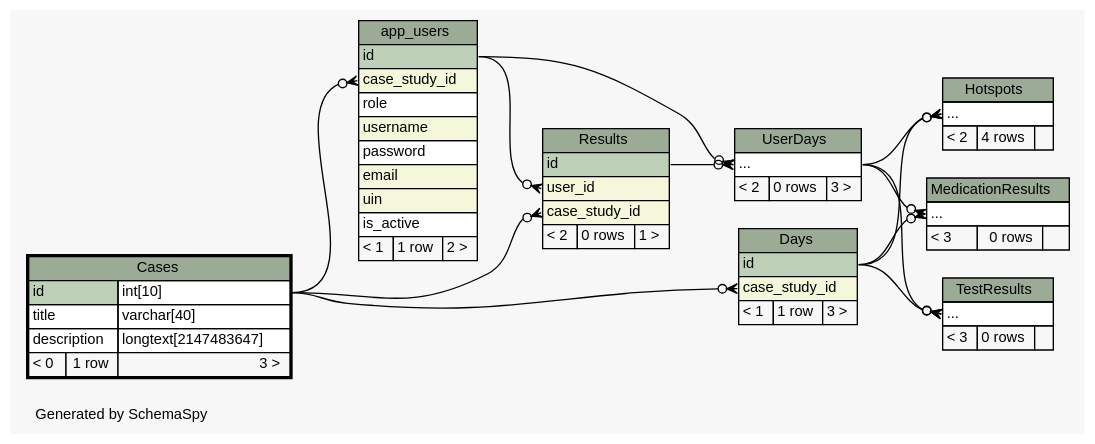
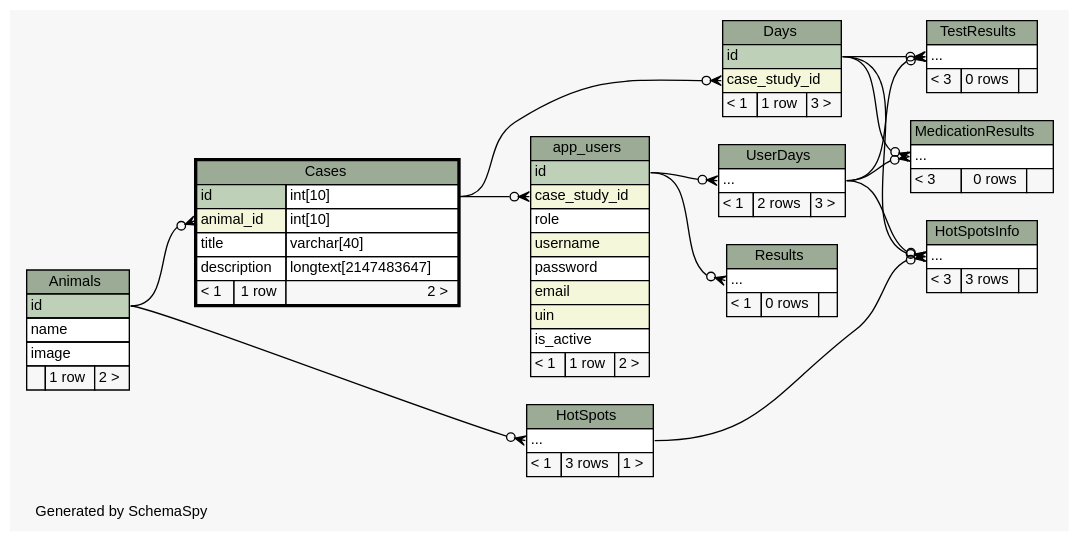
Before and after one commit to carrel2/CaseStudies: the diagram in web/files/schema/diagrams/Cases.2degrees.dot, drawn with Graphviz. The commit also changed 262 other files, not shown here.

```diff
--- a/web/files/schema/diagrams/Cases.2degrees.dot
+++ b/web/files/schema/diagrams/Cases.2degrees.dot
@@ -1,126 +1,148 @@
-// dot 2.38.0 on Linux 4.4.0-66-generic
+// dot 2.38.0 on Linux 4.4.0-67-generic
 // SchemaSpy rev 590
 digraph "twoDegreesRelationshipsDiagram" {
   graph [
     rankdir="RL"
     bgcolor="#f7f7f7"
     label="\nGenerated by SchemaSpy"
     labeljust="l"
     nodesep="0.18"
     ranksep="0.46"
     fontname="Helvetica"
     fontsize="11"
   ];
   node [
     fontname="Helvetica"
     fontsize="11"
     shape="plaintext"
   ];
   edge [
     arrowsize="0.8"
   ];
   "app_users":"case_study_id":w -> "Cases":"id.type":e [arrowhead=none dir=back arrowtail=crowodot];
+  "Cases":"animal_id":w -> "Animals":"id":e [arrowhead=none dir=back arrowtail=crowodot];
   "Days":"case_study_id":w -> "Cases":"id.type":e [arrowhead=none dir=back arrowtail=crowodot];
-  "Hotspots":"elipses":w -> "Days":"id":e [arrowhead=none dir=back arrowtail=crowodot];
-  "Hotspots":"elipses":w -> "UserDays":"elipses":e [arrowhead=none dir=back arrowtail=crowodot];
+  "HotSpots":"elipses":w -> "Animals":"id":e [arrowhead=none dir=back arrowtail=crowodot];
+  "HotSpotsInfo":"elipses":w -> "Days":"id":e [arrowhead=none dir=back arrowtail=crowodot];
+  "HotSpotsInfo":"elipses":w -> "HotSpots":"elipses":e [arrowhead=none dir=back arrowtail=crowodot];
+  "HotSpotsInfo":"elipses":w -> "UserDays":"elipses":e [arrowhead=none dir=back arrowtail=crowodot];
   "MedicationResults":"elipses":w -> "Days":"id":e [arrowhead=none dir=back arrowtail=crowodot];
   "MedicationResults":"elipses":w -> "UserDays":"elipses":e [arrowhead=none dir=back arrowtail=crowodot];
-  "Results":"case_study_id":w -> "Cases":"id.type":e [arrowhead=none dir=back arrowtail=crowodot];
-  "Results":"user_id":w -> "app_users":"id":e [arrowhead=none dir=back arrowtail=crowodot];
+  "Results":"elipses":w -> "app_users":"id":e [arrowhead=none dir=back arrowtail=crowodot];
   "TestResults":"elipses":w -> "Days":"id":e [arrowhead=none dir=back arrowtail=crowodot];
   "TestResults":"elipses":w -> "UserDays":"elipses":e [arrowhead=none dir=back arrowtail=crowodot];
-  "UserDays":"elipses":w -> "Results":"id":e [arrowhead=none dir=back arrowtail=crowodot];
   "UserDays":"elipses":w -> "app_users":"id":e [arrowhead=none dir=back arrowtail=crowodot];
+  "Animals" [
+    label=<
+    <TABLE BORDER="0" CELLBORDER="1" CELLSPACING="0" BGCOLOR="#ffffff">
+      <TR><TD COLSPAN="3" BGCOLOR="#9bab96" ALIGN="CENTER">Animals</TD></TR>
+      <TR><TD PORT="id" COLSPAN="3" BGCOLOR="#bed1b8" ALIGN="LEFT">id</TD></TR>
+      <TR><TD PORT="name" COLSPAN="3" ALIGN="LEFT">name</TD></TR>
+      <TR><TD PORT="image" COLSPAN="3" ALIGN="LEFT">image</TD></TR>
+      <TR><TD ALIGN="LEFT" BGCOLOR="#f7f7f7">  </TD><TD ALIGN="RIGHT" BGCOLOR="#f7f7f7">1 row</TD><TD ALIGN="RIGHT" BGCOLOR="#f7f7f7">2 &gt;</TD></TR>
+    </TABLE>>
+    URL="Animals.html"
+    tooltip="Animals"
+  ];
   "app_users" [
     label=<
     <TABLE BORDER="0" CELLBORDER="1" CELLSPACING="0" BGCOLOR="#ffffff">
       <TR><TD COLSPAN="3" BGCOLOR="#9bab96" ALIGN="CENTER">app_users</TD></TR>
       <TR><TD PORT="id" COLSPAN="3" BGCOLOR="#bed1b8" ALIGN="LEFT">id</TD></TR>
       <TR><TD PORT="case_study_id" COLSPAN="3" BGCOLOR="#f4f7da" ALIGN="LEFT">case_study_id</TD></TR>
       <TR><TD PORT="role" COLSPAN="3" ALIGN="LEFT">role</TD></TR>
       <TR><TD PORT="username" COLSPAN="3" BGCOLOR="#f4f7da" ALIGN="LEFT">username</TD></TR>
       <TR><TD PORT="password" COLSPAN="3" ALIGN="LEFT">password</TD></TR>
       <TR><TD PORT="email" COLSPAN="3" BGCOLOR="#f4f7da" ALIGN="LEFT">email</TD></TR>
       <TR><TD PORT="uin" COLSPAN="3" BGCOLOR="#f4f7da" ALIGN="LEFT">uin</TD></TR>
       <TR><TD PORT="is_active" COLSPAN="3" ALIGN="LEFT">is_active</TD></TR>
       <TR><TD ALIGN="LEFT" BGCOLOR="#f7f7f7">&lt; 1</TD><TD ALIGN="RIGHT" BGCOLOR="#f7f7f7">1 row</TD><TD ALIGN="RIGHT" BGCOLOR="#f7f7f7">2 &gt;</TD></TR>
     </TABLE>>
     URL="app_users.html"
     tooltip="app_users"
   ];
   "Cases" [
     label=<
     <TABLE BORDER="2" CELLBORDER="1" CELLSPACING="0" BGCOLOR="#ffffff">
       <TR><TD COLSPAN="3" BGCOLOR="#9bab96" ALIGN="CENTER">Cases</TD></TR>
       <TR><TD PORT="id" COLSPAN="2" BGCOLOR="#bed1b8" ALIGN="LEFT">id</TD><TD PORT="id.type" ALIGN="LEFT">int[10]</TD></TR>
+      <TR><TD PORT="animal_id" COLSPAN="2" BGCOLOR="#f4f7da" ALIGN="LEFT">animal_id</TD><TD PORT="animal_id.type" ALIGN="LEFT">int[10]</TD></TR>
       <TR><TD PORT="title" COLSPAN="2" ALIGN="LEFT">title</TD><TD PORT="title.type" ALIGN="LEFT">varchar[40]</TD></TR>
       <TR><TD PORT="description" COLSPAN="2" ALIGN="LEFT">description</TD><TD PORT="description.type" ALIGN="LEFT">longtext[2147483647]</TD></TR>
-      <TR><TD ALIGN="LEFT" BGCOLOR="#f7f7f7">&lt; 0</TD><TD ALIGN="RIGHT" BGCOLOR="#f7f7f7">1 row</TD><TD ALIGN="RIGHT" BGCOLOR="#f7f7f7">3 &gt;</TD></TR>
+      <TR><TD ALIGN="LEFT" BGCOLOR="#f7f7f7">&lt; 1</TD><TD ALIGN="RIGHT" BGCOLOR="#f7f7f7">1 row</TD><TD ALIGN="RIGHT" BGCOLOR="#f7f7f7">2 &gt;</TD></TR>
     </TABLE>>
     URL="Cases.html"
     tooltip="Cases"
   ];
   "Days" [
     label=<
     <TABLE BORDER="0" CELLBORDER="1" CELLSPACING="0" BGCOLOR="#ffffff">
       <TR><TD COLSPAN="3" BGCOLOR="#9bab96" ALIGN="CENTER">Days</TD></TR>
       <TR><TD PORT="id" COLSPAN="3" BGCOLOR="#bed1b8" ALIGN="LEFT">id</TD></TR>
       <TR><TD PORT="case_study_id" COLSPAN="3" BGCOLOR="#f4f7da" ALIGN="LEFT">case_study_id</TD></TR>
       <TR><TD ALIGN="LEFT" BGCOLOR="#f7f7f7">&lt; 1</TD><TD ALIGN="RIGHT" BGCOLOR="#f7f7f7">1 row</TD><TD ALIGN="RIGHT" BGCOLOR="#f7f7f7">3 &gt;</TD></TR>
     </TABLE>>
     URL="Days.html"
     tooltip="Days"
   ];
-  "Hotspots" [
+  "HotSpots" [
     label=<
     <TABLE BORDER="0" CELLBORDER="1" CELLSPACING="0" BGCOLOR="#ffffff">
-      <TR><TD COLSPAN="3" BGCOLOR="#9bab96" ALIGN="CENTER">Hotspots</TD></TR>
+      <TR><TD COLSPAN="3" BGCOLOR="#9bab96" ALIGN="CENTER">HotSpots</TD></TR>
       <TR><TD PORT="elipses" COLSPAN="3" ALIGN="LEFT">...</TD></TR>
-      <TR><TD ALIGN="LEFT" BGCOLOR="#f7f7f7">&lt; 2</TD><TD ALIGN="RIGHT" BGCOLOR="#f7f7f7">4 rows</TD><TD ALIGN="RIGHT" BGCOLOR="#f7f7f7">  </TD></TR>
+      <TR><TD ALIGN="LEFT" BGCOLOR="#f7f7f7">&lt; 1</TD><TD ALIGN="RIGHT" BGCOLOR="#f7f7f7">3 rows</TD><TD ALIGN="RIGHT" BGCOLOR="#f7f7f7">1 &gt;</TD></TR>
     </TABLE>>
-    URL="Hotspots.html"
-    tooltip="Hotspots"
+    URL="HotSpots.html"
+    tooltip="HotSpots"
+  ];
+  "HotSpotsInfo" [
+    label=<
+    <TABLE BORDER="0" CELLBORDER="1" CELLSPACING="0" BGCOLOR="#ffffff">
+      <TR><TD COLSPAN="3" BGCOLOR="#9bab96" ALIGN="CENTER">HotSpotsInfo</TD></TR>
+      <TR><TD PORT="elipses" COLSPAN="3" ALIGN="LEFT">...</TD></TR>
+      <TR><TD ALIGN="LEFT" BGCOLOR="#f7f7f7">&lt; 3</TD><TD ALIGN="RIGHT" BGCOLOR="#f7f7f7">3 rows</TD><TD ALIGN="RIGHT" BGCOLOR="#f7f7f7">  </TD></TR>
+    </TABLE>>
+    URL="HotSpotsInfo.html"
+    tooltip="HotSpotsInfo"
   ];
   "MedicationResults" [
     label=<
     <TABLE BORDER="0" CELLBORDER="1" CELLSPACING="0" BGCOLOR="#ffffff">
       <TR><TD COLSPAN="3" BGCOLOR="#9bab96" ALIGN="CENTER">MedicationResults</TD></TR>
       <TR><TD PORT="elipses" COLSPAN="3" ALIGN="LEFT">...</TD></TR>
       <TR><TD ALIGN="LEFT" BGCOLOR="#f7f7f7">&lt; 3</TD><TD ALIGN="RIGHT" BGCOLOR="#f7f7f7">0 rows</TD><TD ALIGN="RIGHT" BGCOLOR="#f7f7f7">  </TD></TR>
     </TABLE>>
     URL="MedicationResults.html"
     tooltip="MedicationResults"
   ];
   "Results" [
     label=<
     <TABLE BORDER="0" CELLBORDER="1" CELLSPACING="0" BGCOLOR="#ffffff">
       <TR><TD COLSPAN="3" BGCOLOR="#9bab96" ALIGN="CENTER">Results</TD></TR>
-      <TR><TD PORT="id" COLSPAN="3" BGCOLOR="#bed1b8" ALIGN="LEFT">id</TD></TR>
-      <TR><TD PORT="user_id" COLSPAN="3" BGCOLOR="#f4f7da" ALIGN="LEFT">user_id</TD></TR>
-      <TR><TD PORT="case_study_id" COLSPAN="3" BGCOLOR="#f4f7da" ALIGN="LEFT">case_study_id</TD></TR>
-      <TR><TD ALIGN="LEFT" BGCOLOR="#f7f7f7">&lt; 2</TD><TD ALIGN="RIGHT" BGCOLOR="#f7f7f7">0 rows</TD><TD ALIGN="RIGHT" BGCOLOR="#f7f7f7">1 &gt;</TD></TR>
+      <TR><TD PORT="elipses" COLSPAN="3" ALIGN="LEFT">...</TD></TR>
+      <TR><TD ALIGN="LEFT" BGCOLOR="#f7f7f7">&lt; 1</TD><TD ALIGN="RIGHT" BGCOLOR="#f7f7f7">0 rows</TD><TD ALIGN="RIGHT" BGCOLOR="#f7f7f7">  </TD></TR>
     </TABLE>>
     URL="Results.html"
     tooltip="Results"
   ];
   "TestResults" [
     label=<
     <TABLE BORDER="0" CELLBORDER="1" CELLSPACING="0" BGCOLOR="#ffffff">
       <TR><TD COLSPAN="3" BGCOLOR="#9bab96" ALIGN="CENTER">TestResults</TD></TR>
       <TR><TD PORT="elipses" COLSPAN="3" ALIGN="LEFT">...</TD></TR>
       <TR><TD ALIGN="LEFT" BGCOLOR="#f7f7f7">&lt; 3</TD><TD ALIGN="RIGHT" BGCOLOR="#f7f7f7">0 rows</TD><TD ALIGN="RIGHT" BGCOLOR="#f7f7f7">  </TD></TR>
     </TABLE>>
     URL="TestResults.html"
     tooltip="TestResults"
   ];
   "UserDays" [
     label=<
     <TABLE BORDER="0" CELLBORDER="1" CELLSPACING="0" BGCOLOR="#ffffff">
       <TR><TD COLSPAN="3" BGCOLOR="#9bab96" ALIGN="CENTER">UserDays</TD></TR>
       <TR><TD PORT="elipses" COLSPAN="3" ALIGN="LEFT">...</TD></TR>
-      <TR><TD ALIGN="LEFT" BGCOLOR="#f7f7f7">&lt; 2</TD><TD ALIGN="RIGHT" BGCOLOR="#f7f7f7">0 rows</TD><TD ALIGN="RIGHT" BGCOLOR="#f7f7f7">3 &gt;</TD></TR>
+      <TR><TD ALIGN="LEFT" BGCOLOR="#f7f7f7">&lt; 1</TD><TD ALIGN="RIGHT" BGCOLOR="#f7f7f7">2 rows</TD><TD ALIGN="RIGHT" BGCOLOR="#f7f7f7">3 &gt;</TD></TR>
     </TABLE>>
     URL="UserDays.html"
     tooltip="UserDays"
   ];
 }
```
